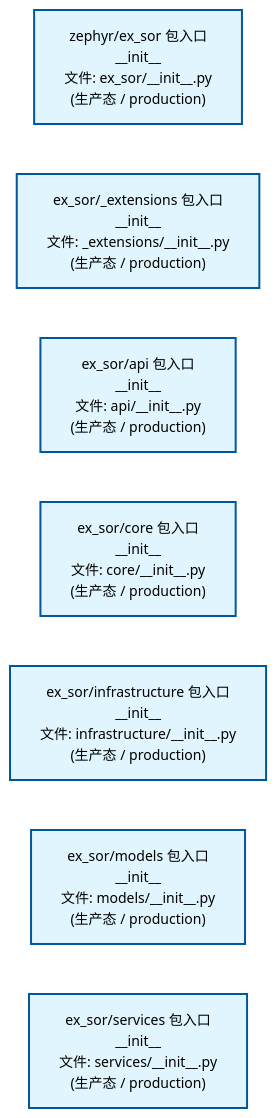
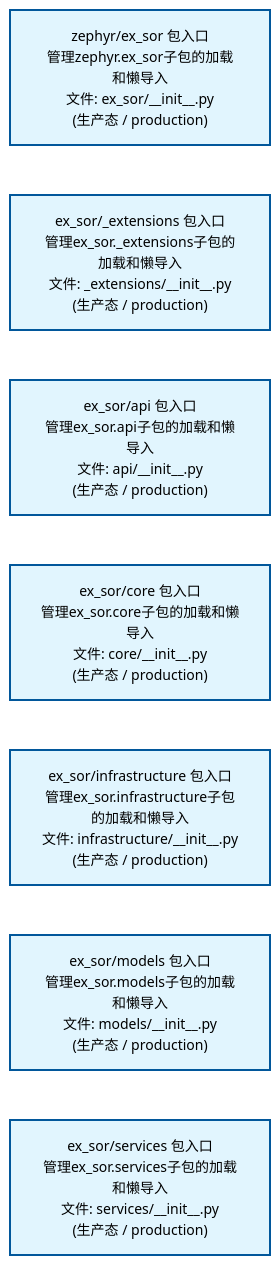
The second of 4 diagrams in docs/02_enterprise_architecture/02_domain_architecture_docs/45_d_ex_sor.md (xuanFelixVan/ZephyrAlpha), drawn with Mermaid before and after one commit. The commit also changed other lines of this file and 62 other files, not shown here.

````diff
--- a/docs/02_enterprise_architecture/02_domain_architecture_docs/45_d_ex_sor.md
+++ b/docs/02_enterprise_architecture/02_domain_architecture_docs/45_d_ex_sor.md
@@ -111,22 +111,22 @@
 ```mermaid
 %%{init: {'theme': 'base', 'themeVariables': {'primaryColor': '#eaeaea', 'primaryTextColor': '#333333', 'primaryBorderColor': '#666666', 'lineColor': '#666666', 'secondaryColor': '#eaeaea', 'tertiaryColor': '#eaeaea', 'fontSize': '14px'}}}%%
 flowchart TD
-    src_zephyr_ex_sor_init_py["zephyr/ex_sor 包入口<br/>__init__<br/>文件: ex_sor/__init__.py<br/>(生产态 / production)"]
-    src_zephyr_ex_sor_extensions_init_py["ex_sor/_extensions 包入口<br/>__init__<br/>文件: _extensions/__init__.py<br/>(生产态 / production)"]
-    src_zephyr_ex_sor_api_init_py["ex_sor/api 包入口<br/>__init__<br/>文件: api/__init__.py<br/>(生产态 / production)"]
-    src_zephyr_ex_sor_core_init_py["ex_sor/core 包入口<br/>__init__<br/>文件: core/__init__.py<br/>(生产态 / production)"]
-    src_zephyr_ex_sor_infrastructure_init_py["ex_sor/infrastructure 包入口<br/>__init__<br/>文件: infrastructure/__init__.py<br/>(生产态 / production)"]
-    src_zephyr_ex_sor_models_init_py["ex_sor/models 包入口<br/>__init__<br/>文件: models/__init__.py<br/>(生产态 / production)"]
-    src_zephyr_ex_sor_services_init_py["ex_sor/services 包入口<br/>__init__<br/>文件: services/__init__.py<br/>(生产态 / production)"]
+    src_zephyr_ex_sor_init_py["zephyr/ex_sor 包入口<br/>管理zephyr.ex_sor子包的加载和懒导入<br/>文件: ex_sor/__init__.py<br/>(生产态 / production)"]
+    src_zephyr_ex_sor_extensions_init_py["ex_sor/_extensions 包入口<br/>管理ex_sor._extensions子包的加载和懒导入<br/>文件: _extensions/__init__.py<br/>(生产态 / production)"]
+    src_zephyr_ex_sor_api_init_py["ex_sor/api 包入口<br/>管理ex_sor.api子包的加载和懒导入<br/>文件: api/__init__.py<br/>(生产态 / production)"]
+    src_zephyr_ex_sor_core_init_py["ex_sor/core 包入口<br/>管理ex_sor.core子包的加载和懒导入<br/>文件: core/__init__.py<br/>(生产态 / production)"]
+    src_zephyr_ex_sor_infrastructure_init_py["ex_sor/infrastructure 包入口<br/>管理ex_sor.infrastructure子包的加载和懒导入<br/>文件: infrastructure/__init__.py<br/>(生产态 / production)"]
+    src_zephyr_ex_sor_models_init_py["ex_sor/models 包入口<br/>管理ex_sor.models子包的加载和懒导入<br/>文件: models/__init__.py<br/>(生产态 / production)"]
+    src_zephyr_ex_sor_services_init_py["ex_sor/services 包入口<br/>管理ex_sor.services子包的加载和懒导入<br/>文件: services/__init__.py<br/>(生产态 / production)"]
     src_zephyr_ex_sor_init_py ~~~ src_zephyr_ex_sor_extensions_init_py
     src_zephyr_ex_sor_extensions_init_py ~~~ src_zephyr_ex_sor_api_init_py
     src_zephyr_ex_sor_api_init_py ~~~ src_zephyr_ex_sor_core_init_py
     src_zephyr_ex_sor_core_init_py ~~~ src_zephyr_ex_sor_infrastructure_init_py
     src_zephyr_ex_sor_infrastructure_init_py ~~~ src_zephyr_ex_sor_models_init_py
     src_zephyr_ex_sor_models_init_py ~~~ src_zephyr_ex_sor_services_init_py
     classDef production fill:#e1f5fe,stroke:#01579b,stroke-width:2px,color:#000
     classDef design fill:#fff3e0,stroke:#e65100,stroke-width:2px,color:#000,stroke-dasharray: 5 5
     classDef external_prod fill:#e8f4fd,stroke:#0277bd,stroke-width:1px,color:#000
     classDef external_design fill:#fff8e7,stroke:#ef6c00,stroke-width:1px,color:#000,stroke-dasharray: 5 5
     class src_zephyr_ex_sor_init_py,src_zephyr_ex_sor_extensions_init_py,src_zephyr_ex_sor_api_init_py,src_zephyr_ex_sor_core_init_py,src_zephyr_ex_sor_infrastructure_init_py,src_zephyr_ex_sor_models_init_py,src_zephyr_ex_sor_services_init_py production
 ```
````
